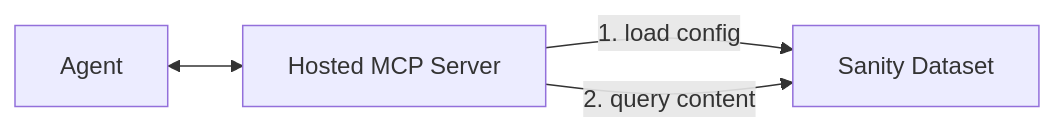
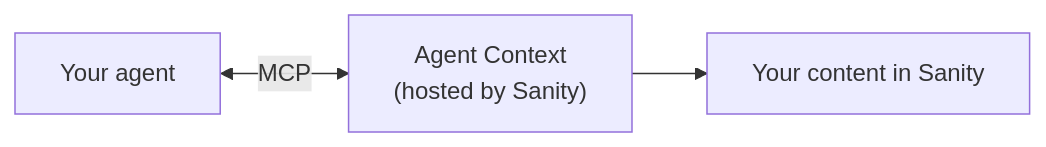
The diagram in README.md (sanity-io/agent-context), drawn with Mermaid before and after one commit. The commit also changed other lines of this file, not shown here.

````diff
--- a/README.md
+++ b/README.md
@@ -17,6 +11,5 @@
 ```mermaid
 flowchart LR
-  A["Agent"] <--> B["Hosted MCP Server"]
-  B -->|"1. load config"| C["Sanity Dataset"]
-  B -->|"2. query content"| C
+  A["Your agent"] <-->|"MCP"| B["Agent Context\n(hosted by Sanity)"]
+  B --> C["Your content in Sanity"]
 ```
````
